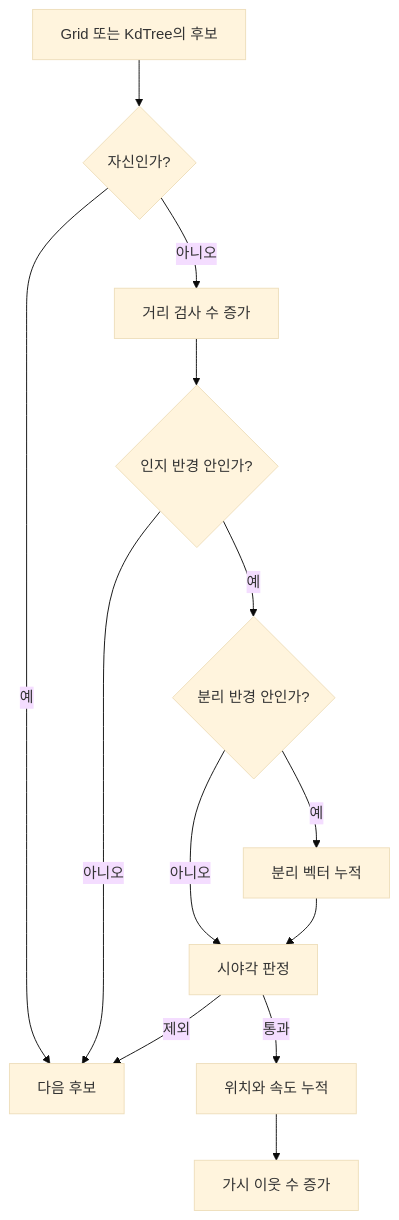
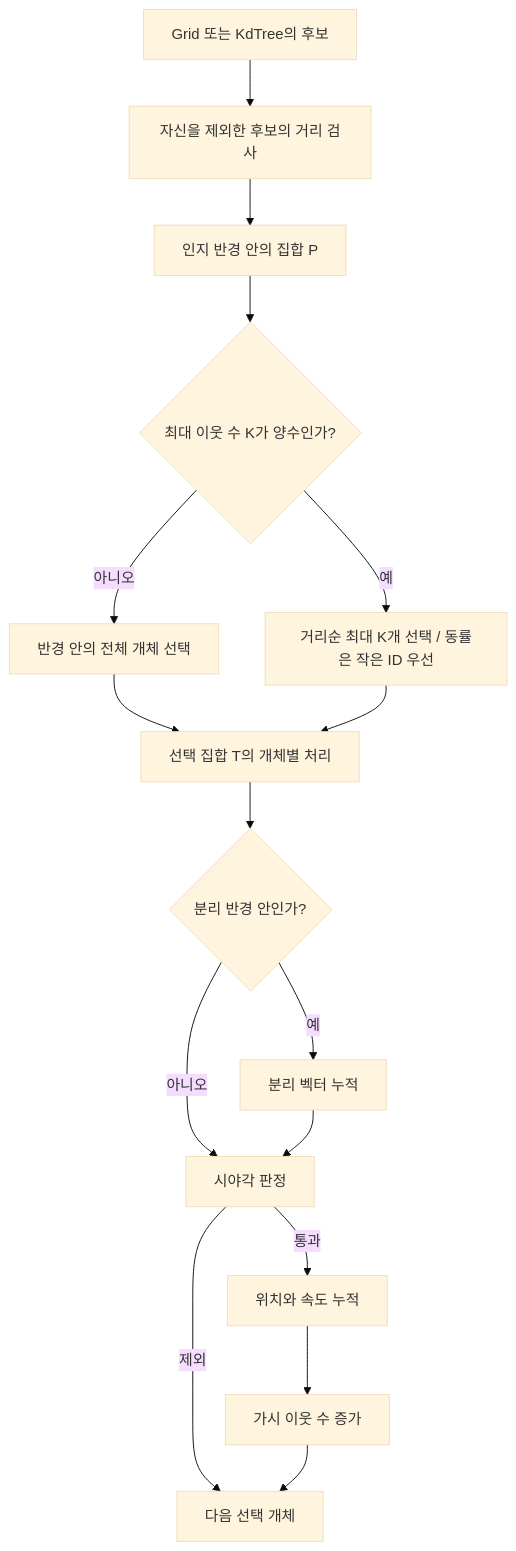
The diagram in docs/boids-theory.md (sh0717/boid_simulation), drawn with Mermaid (base theme) before and after one commit. The commit also changed other lines of this file and 5 other files, not shown here.

Commit message:
docs(readme): explain full simulation algorithm with diagrams

````diff
--- a/docs/boids-theory.md
+++ b/docs/boids-theory.md
@@ -82,15 +98,18 @@
 ```mermaid
 flowchart TD
-  A[Grid 또는 KdTree의 후보] --> B{자신인가?}
-  B -->|예| X[다음 후보]
-  B -->|아니오| C[거리 검사 수 증가]
-  C --> D{인지 반경 안인가?}
-  D -->|아니오| X
-  D -->|예| E{분리 반경 안인가?}
+  A[Grid 또는 KdTree의 후보] --> B[자신을 제외한 후보의 거리 검사]
+  B --> C[인지 반경 안의 집합 P]
+  C --> D{최대 이웃 수 K가 양수인가?}
+  D -->|아니오| U[반경 안의 전체 개체 선택]
+  D -->|예| V[거리순 최대 K개 선택 / 동률은 작은 ID 우선]
+  U --> T[선택 집합 T의 개체별 처리]
+  V --> T
+  T --> E{분리 반경 안인가?}
   E -->|예| F[분리 벡터 누적]
   E -->|아니오| G[시야각 판정]
   F --> G
-  G -->|제외| X
+  G -->|제외| X[다음 선택 개체]
   G -->|통과| H[위치와 속도 누적]
   H --> I[가시 이웃 수 증가]
+  I --> X
 ```
````
